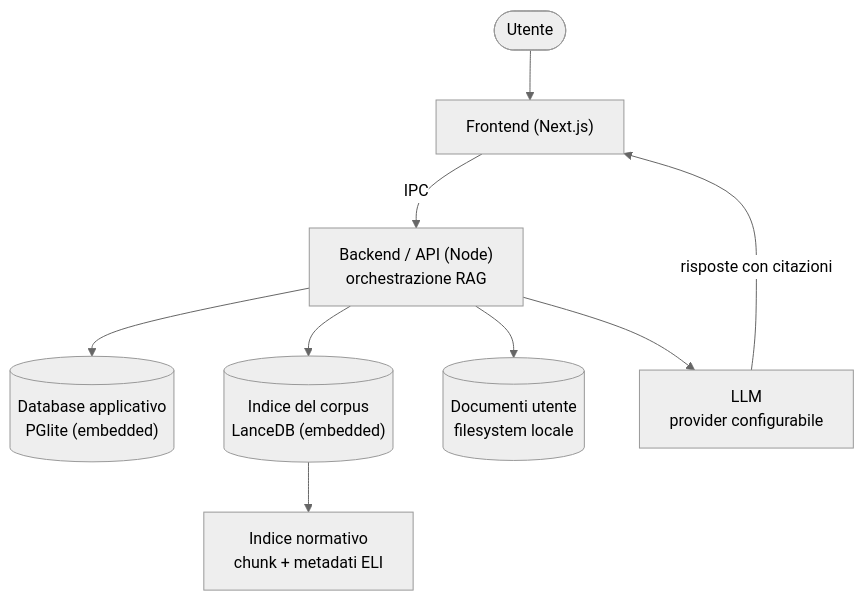
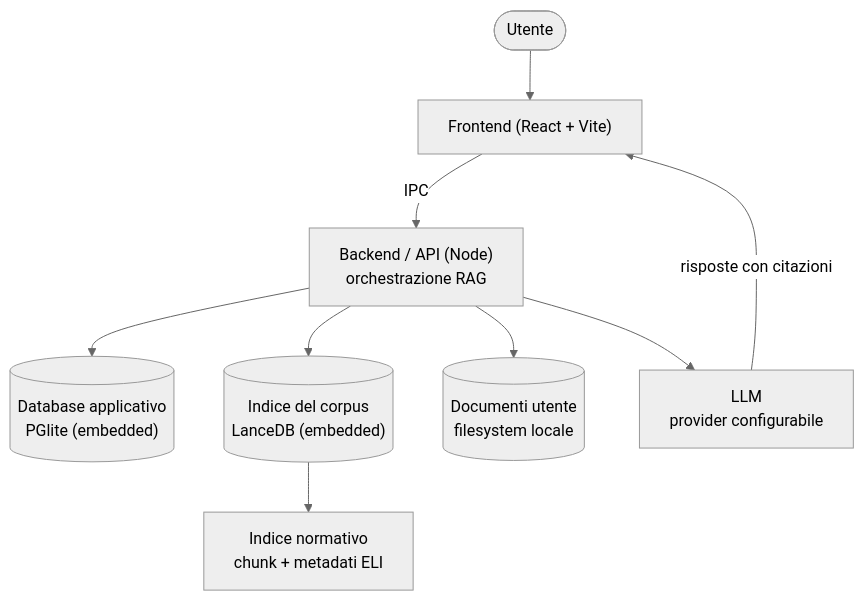
The diagram in knowledge/architettura/index.md (ndrkltsk/Italian-OSS-Legal-Platform), drawn with Mermaid (neutral theme) before and after one commit. The commit also changed other lines of this file and 4 other files, not shown here.

````diff
--- a/knowledge/architettura/index.md
+++ b/knowledge/architettura/index.md
@@ -15,20 +15,20 @@
 ```mermaid
 flowchart TD
     Utente(["Utente"])
-    FE["Frontend (Next.js)"]
+    FE["Frontend (React + Vite)"]
     BE["Backend / API (Node)<br/>orchestrazione RAG"]
     DB[("Database applicativo<br/>PGlite (embedded)")]
     VDB[("Indice del corpus<br/>LanceDB (embedded)")]
     OS[("Documenti utente<br/>filesystem locale")]
     IDX["Indice normativo<br/>chunk + metadati ELI"]
     LLM["LLM<br/>provider configurabile"]
 
     Utente --> FE
     FE -->|IPC| BE
     BE --> DB
     BE --> VDB
     BE --> OS
     VDB --> IDX
     BE --> LLM
     LLM -->|risposte con citazioni| FE
 ```
````
